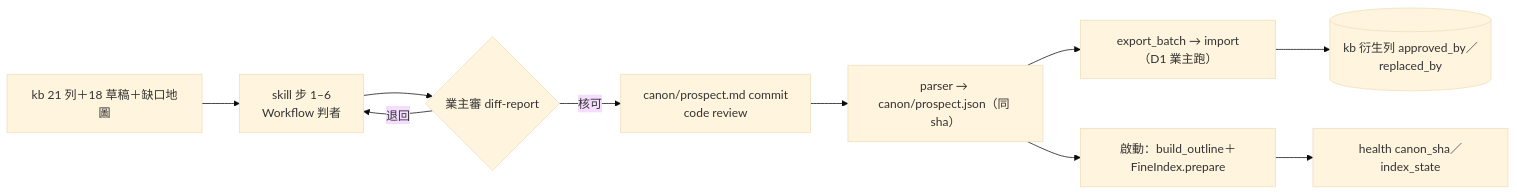
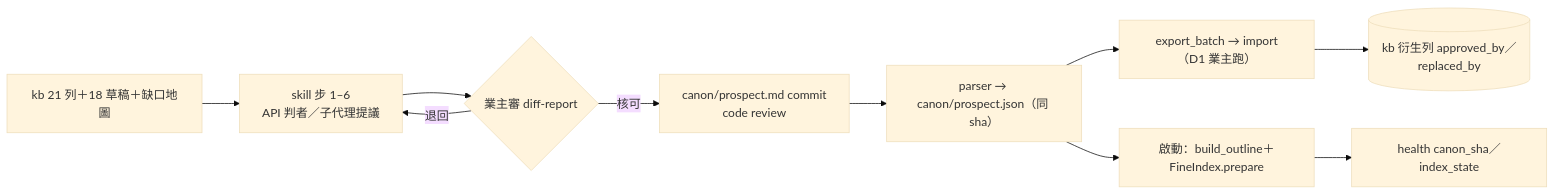
The third of 3 diagrams in .kiro/specs/knowledge-outline-and-intent-architecture/design.md (JGBlenny/AIChatbot), drawn with Mermaid (base theme) before and after one commit. The commit also changed other lines of this file and 4 other files, not shown here.

Commit message:
spec(knowledge-outline): 文件整併——R1.5 v2.1 執行形態修訂；design 全面改「API 判者／子代理提議」用語、元件 2 標現行與參考、附錄 H 業主裁決彙整（H1–H6）與待裁（P1–P5）；tasks／SKILL 同步

````diff
--- a/.kiro/specs/knowledge-outline-and-intent-architecture/design.md
+++ b/.kiro/specs/knowledge-outline-and-intent-architecture/design.md
@@ -495,12 +500,12 @@
 ```mermaid
 flowchart LR
-    A[kb 21 列＋18 草稿＋缺口地圖] --> B[skill 步 1–6<br/>Workflow 判者]
+    A[kb 21 列＋18 草稿＋缺口地圖] --> B[skill 步 1–6<br/>API 判者／子代理提議]
     B --> C{業主審 diff-report}
     C -- 核可 --> D[canon/prospect.md commit<br/>code review]
     D --> E[parser → canon/prospect.json（同 sha）]
     E --> F[export_batch → import（D1 業主跑）]
     E --> G[啟動：build_outline＋FineIndex.prepare]
     F --> H[(kb 衍生列 approved_by／replaced_by)]
     G --> I[health canon_sha／index_state]
     C -- 退回 --> B
 ```
````
